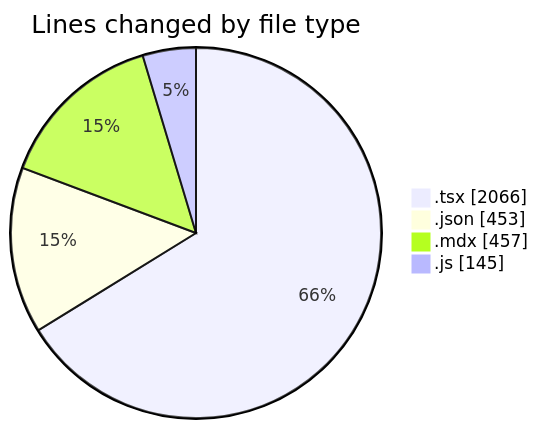
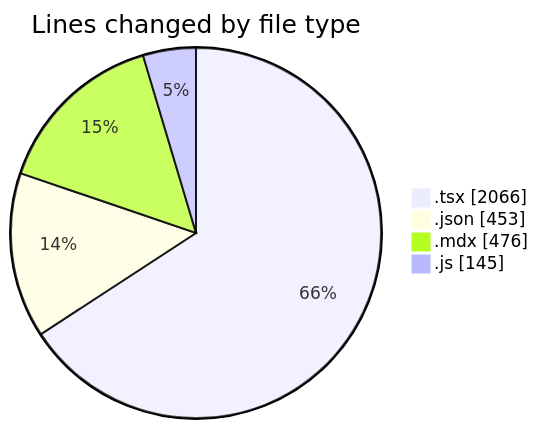
The first of 2 diagrams in 2026-01-12/cda/README.md (momahboobian/code-tracking), drawn with Mermaid before and after one commit. The commit also changed other lines of this file and 1 other file, not shown here.

````diff
--- a/2026-01-12/cda/README.md
+++ b/2026-01-12/cda/README.md
@@ -26,8 +26,8 @@
 ```mermaid
 pie showData
 title Lines changed by file type
 ".tsx" : 2066
 ".json" : 453
-".mdx" : 457
+".mdx" : 476
 ".js" : 145
 ```
````
